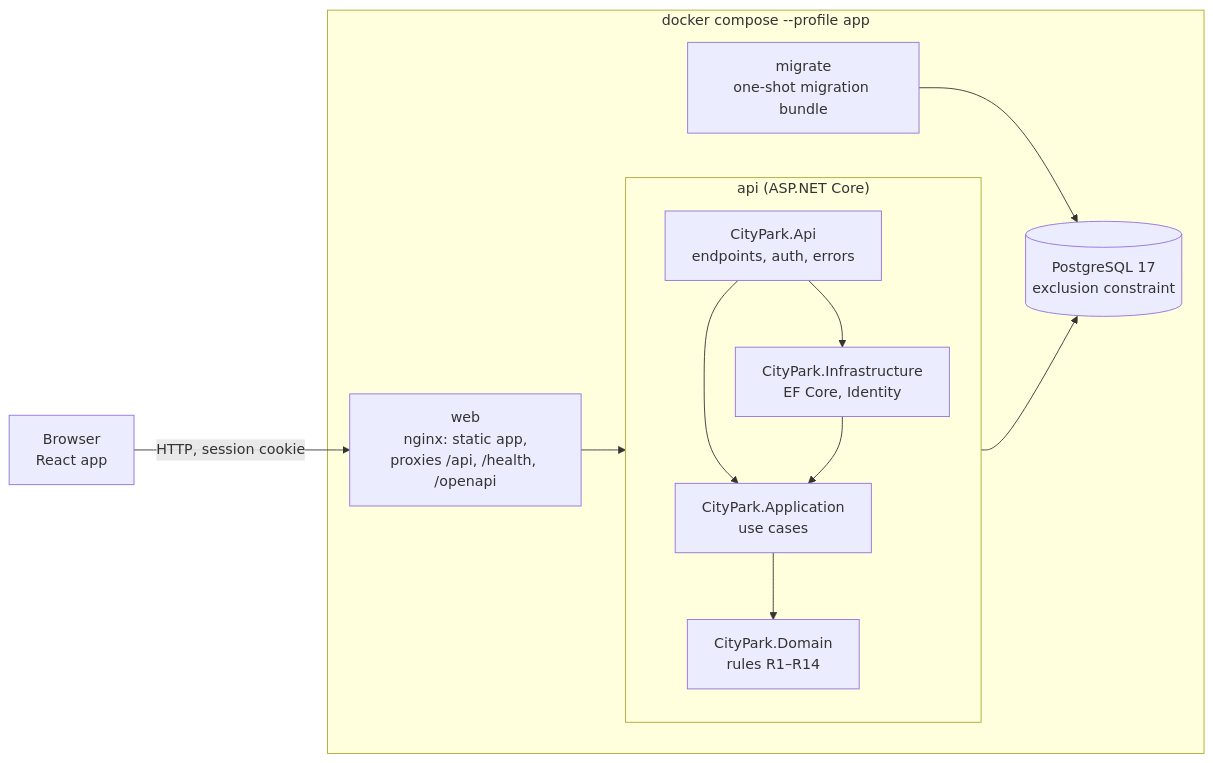
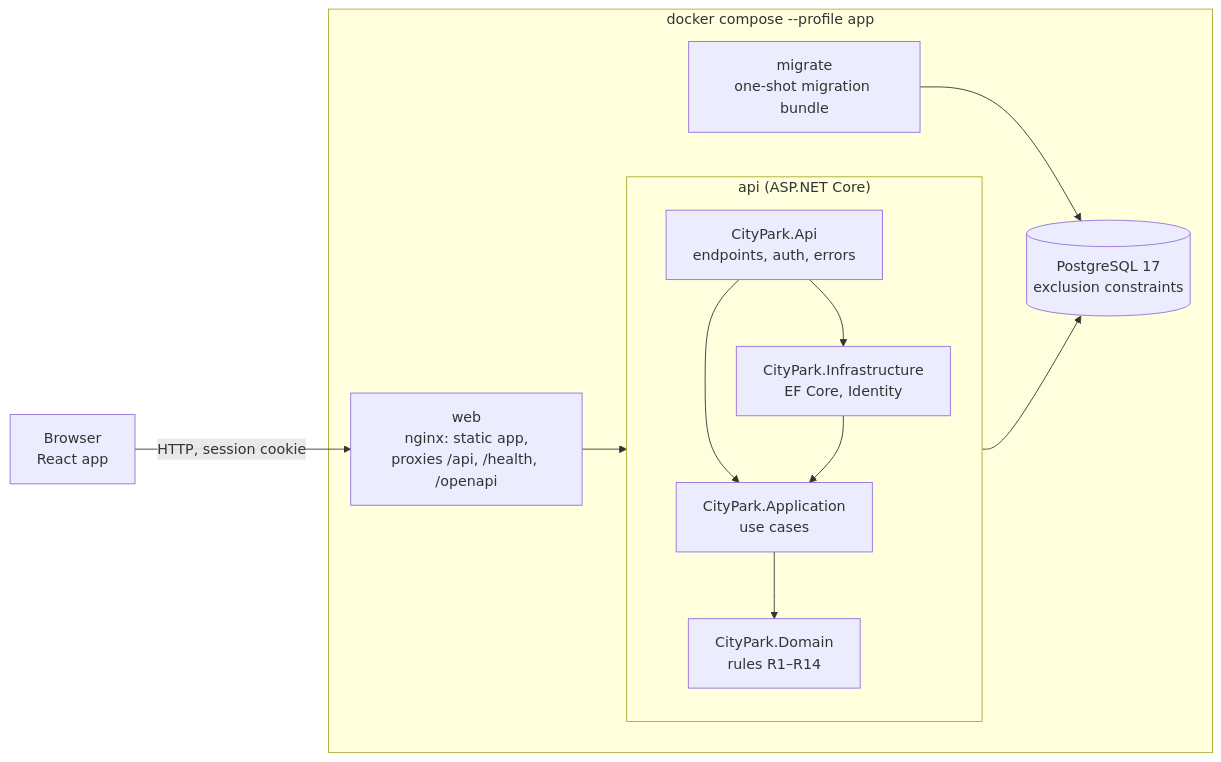
The first of 2 diagrams in README.md (lalana32/citypark), drawn with Mermaid before and after one commit. The commit also changed other lines of this file, not shown here.

````diff
--- a/README.md
+++ b/README.md
@@ -83,23 +90,23 @@
 ```mermaid
 flowchart LR
     browser["Browser<br/>React app"]
     subgraph compose["docker compose --profile app"]
         web["web<br/>nginx: static app,<br/>proxies /api, /health, /openapi"]
         subgraph api["api (ASP.NET Core)"]
             direction TB
             A["CityPark.Api<br/>endpoints, auth, errors"]
             B["CityPark.Application<br/>use cases"]
             C["CityPark.Domain<br/>rules R1–R14"]
             D["CityPark.Infrastructure<br/>EF Core, Identity"]
             A --> B --> C
             A --> D
             D --> B
         end
         migrate["migrate<br/>one-shot migration bundle"]
-        db[("PostgreSQL 17<br/>exclusion constraint")]
+        db[("PostgreSQL 17<br/>exclusion constraints")]
     end
     browser -->|"HTTP, session cookie"| web
     web --> A
     D --> db
     migrate --> db
 ```
````
